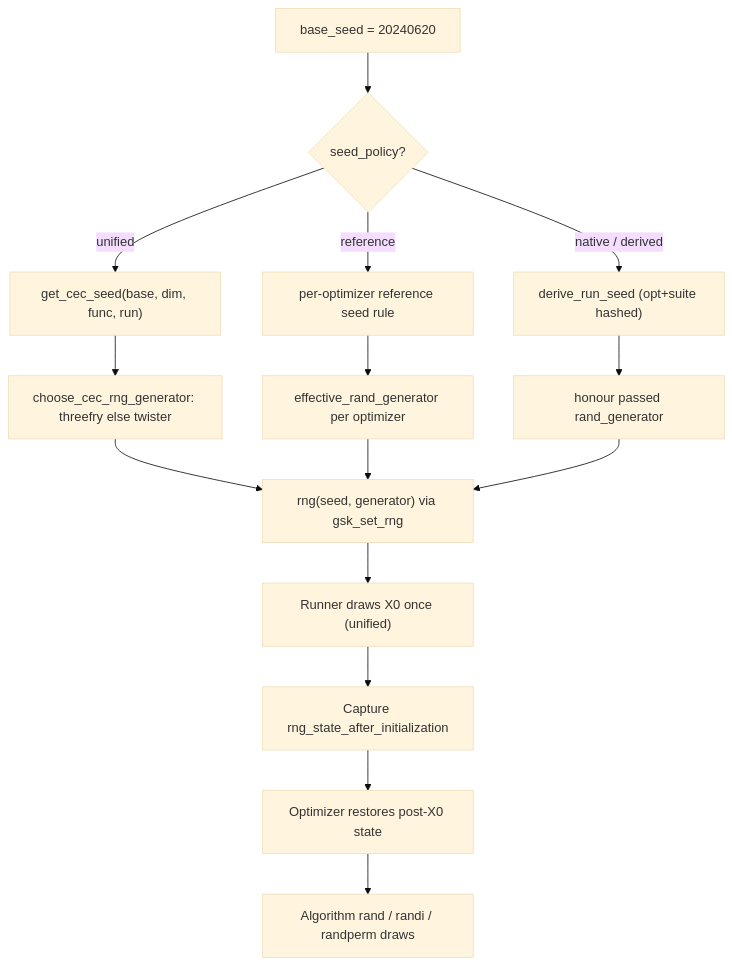
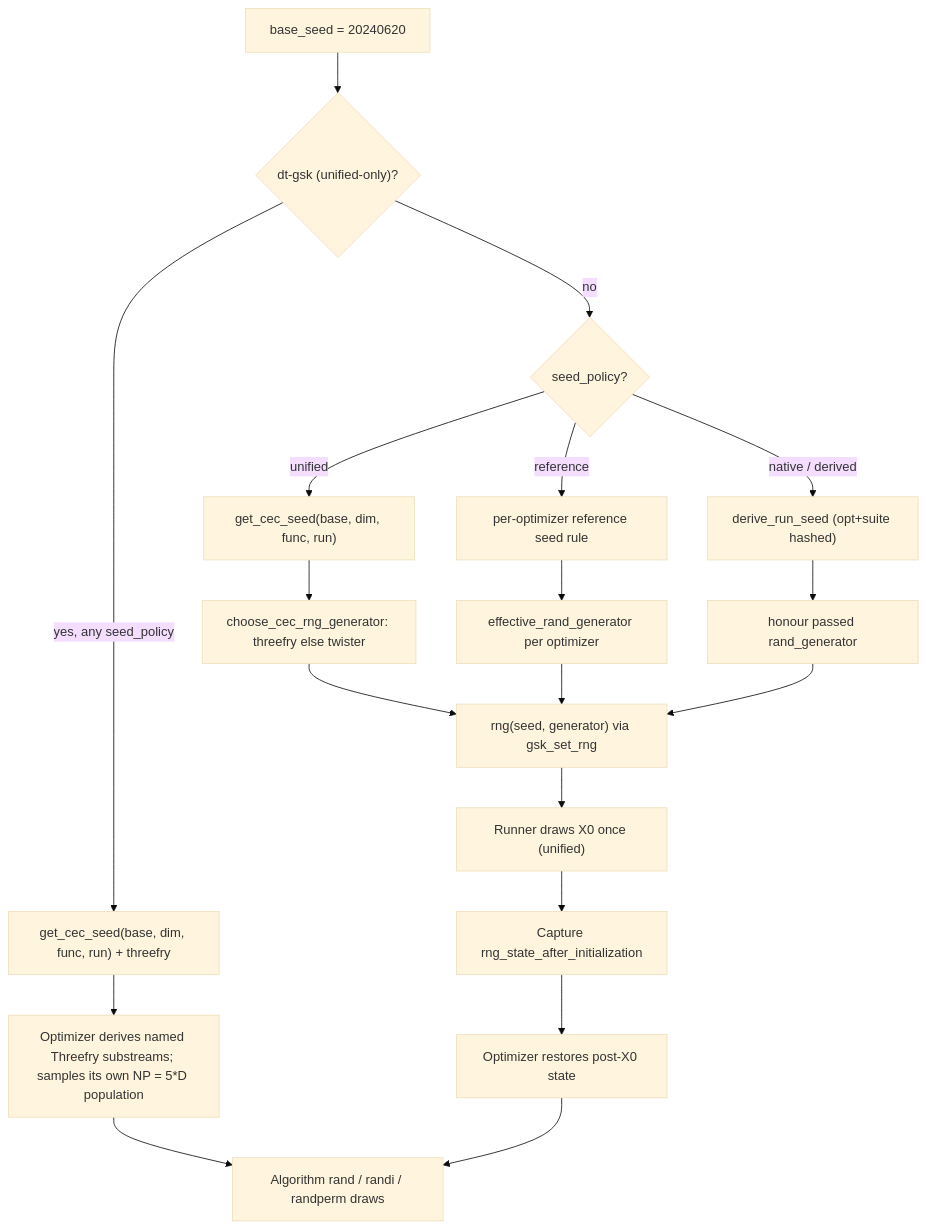
The sixth of 13 diagrams in gsk_family/docs/reference/diagrams.md (MostafaMassoud/GSK_Family_MATLAB), drawn with Mermaid (base theme) before and after one commit. The commit also changed other lines of this file and 149 other files, not shown here.

````diff
--- a/gsk_family/docs/reference/diagrams.md
+++ b/gsk_family/docs/reference/diagrams.md
@@ -111,17 +117,21 @@
 ```mermaid
 flowchart TD
-  base["base_seed = 20240620"] --> pol{"seed_policy?"}
+  base["base_seed = 20240620"] --> uo{"dt-gsk (unified-only)?"}
+  uo -- "yes, any seed_policy" --> dts["get_cec_seed(base, dim, func, run) + threefry"]
+  dts --> sub["Optimizer derives named Threefry substreams; samples its own NP = 5*D population"]
+  sub --> draws
+  uo -- "no" --> pol{"seed_policy?"}
   pol -- "unified" --> uni["get_cec_seed(base, dim, func, run)"]
   pol -- "reference" --> refp["per-optimizer reference seed rule"]
   pol -- "native / derived" --> der["derive_run_seed (opt+suite hashed)"]
   uni --> chooser["choose_cec_rng_generator: threefry else twister"]
   refp --> effg["effective_rand_generator per optimizer"]
   der --> passg["honour passed rand_generator"]
   chooser --> setrng["rng(seed, generator) via gsk_set_rng"]
   effg --> setrng
   passg --> setrng
   setrng --> x0["Runner draws X0 once (unified)"]
   x0 --> cap["Capture rng_state_after_initialization"]
   cap --> restore["Optimizer restores post-X0 state"]
   restore --> draws["Algorithm rand / randi / randperm draws"]
 ```
````
